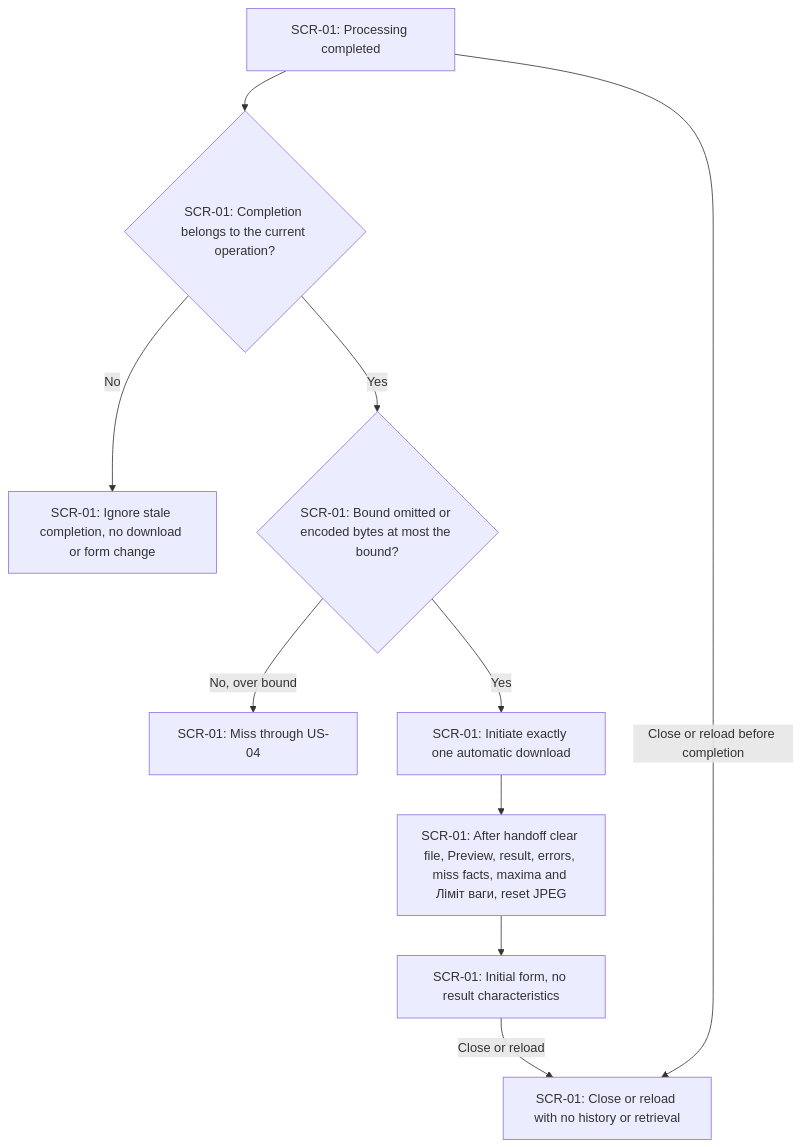
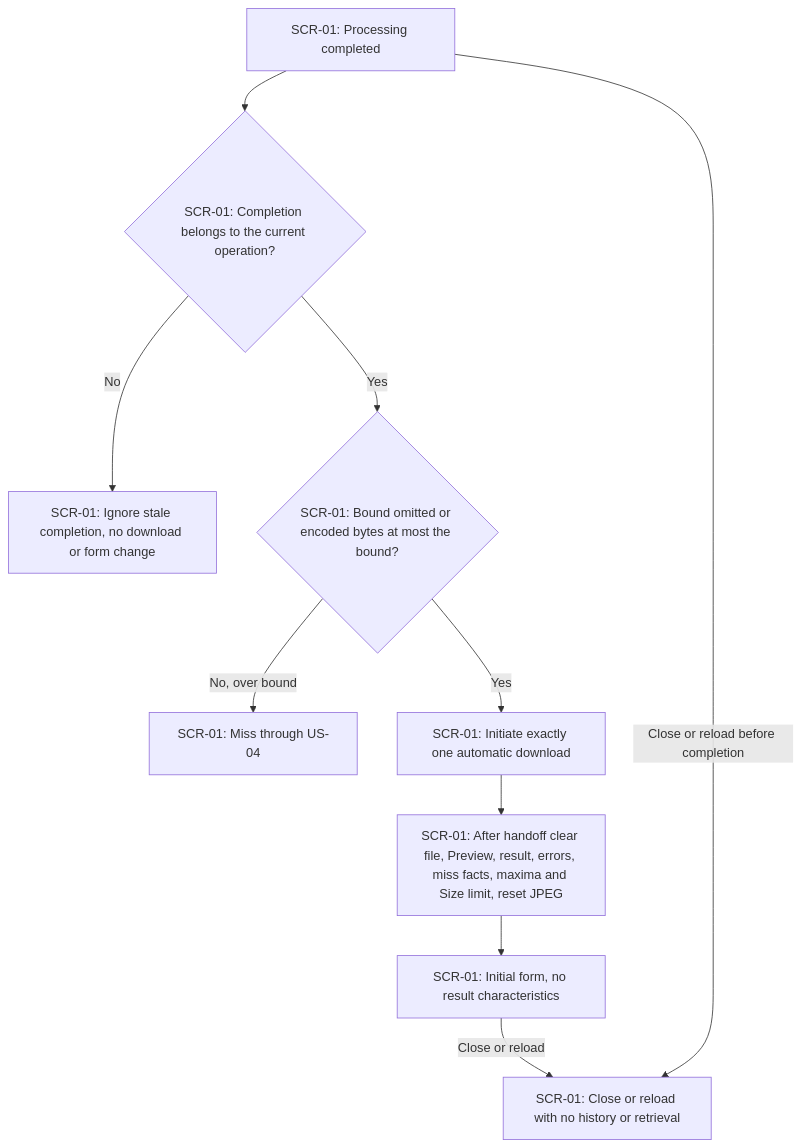
Before and after one commit to shved270189/image_compressor: the third of 5 diagrams in docs/features/image-size-limit/ux-flows.md, drawn with Mermaid. The commit also changed other lines of this file and 46 other files, not shown here.

````diff
--- a/docs/features/image-size-limit/ux-flows.md
+++ b/docs/features/image-size-limit/ux-flows.md
@@ -96,21 +96,21 @@
 ```mermaid
 flowchart TD
     S3_DONE["SCR-01: Processing completed"]
     S3_CURRENT{"SCR-01: Completion belongs to the current operation?"}
     S3_STALE["SCR-01: Ignore stale completion, no download or form change"]
     S3_PATH{"SCR-01: Bound omitted or encoded bytes at most the bound?"}
     S3_MISS["SCR-01: Miss through US-04"]
     S3_DOWNLOAD["SCR-01: Initiate exactly one automatic download"]
-    S3_RESET["SCR-01: After handoff clear file, Preview, result, errors, miss facts, maxima and Ліміт ваги, reset JPEG"]
+    S3_RESET["SCR-01: After handoff clear file, Preview, result, errors, miss facts, maxima and Size limit, reset JPEG"]
     S3_CLEAN["SCR-01: Initial form, no result characteristics"]
     S3_REOPEN["SCR-01: Close or reload with no history or retrieval"]
     S3_DONE --> S3_CURRENT
     S3_CURRENT -->|No| S3_STALE
     S3_CURRENT -->|Yes| S3_PATH
     S3_PATH -->|No, over bound| S3_MISS
     S3_PATH -->|Yes| S3_DOWNLOAD
     S3_DOWNLOAD --> S3_RESET
     S3_RESET --> S3_CLEAN
     S3_CLEAN -->|Close or reload| S3_REOPEN
     S3_DONE -->|Close or reload before completion| S3_REOPEN
 ```
````
